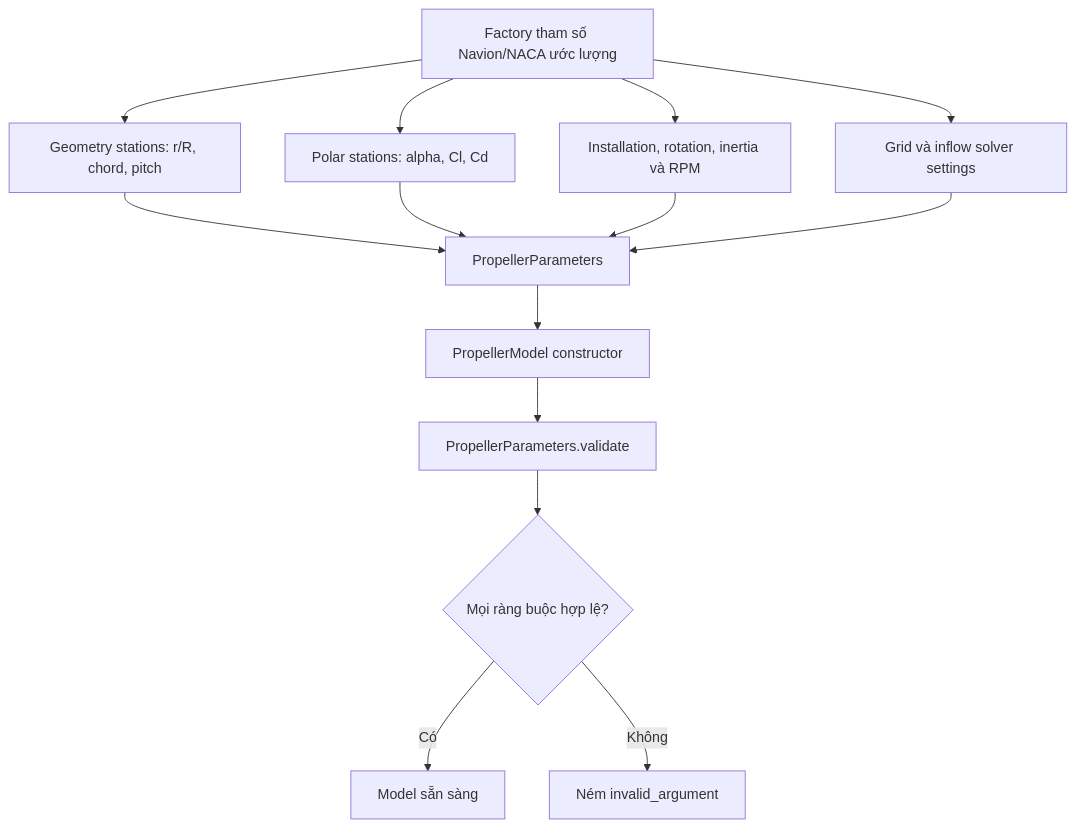
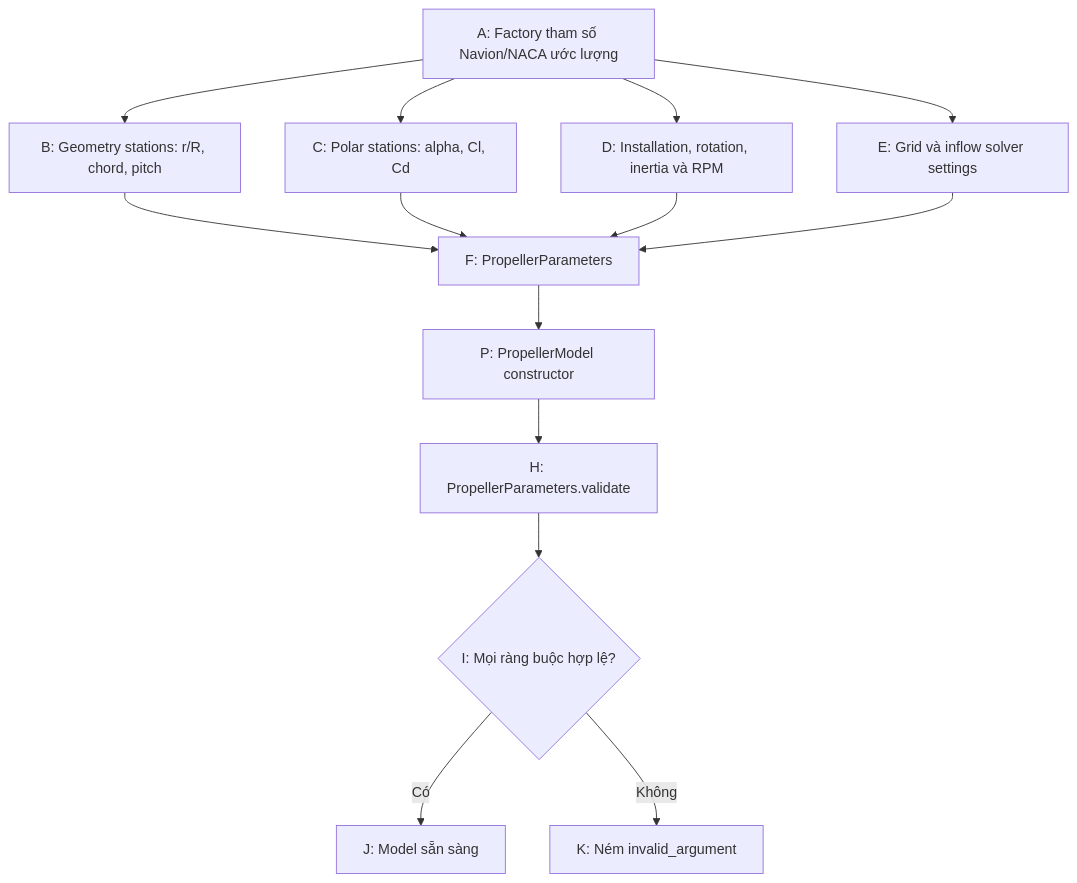
The third of 10 diagrams in docs/propeller/PROPELLER_V1_CALCULATION_FLOW.md (huynguyen2909/Navion-6DOF-12.09.26), drawn with Mermaid before and after one commit. The commit also changed other lines of this file, not shown here.

````diff
--- a/docs/propeller/PROPELLER_V1_CALCULATION_FLOW.md
+++ b/docs/propeller/PROPELLER_V1_CALCULATION_FLOW.md
@@ -209,22 +209,22 @@
 ```mermaid
 flowchart TD
-    A["Factory tham số Navion/NACA ước lượng"]
-    B["Geometry stations: r/R, chord, pitch"]
-    C["Polar stations: alpha, Cl, Cd"]
-    D["Installation, rotation, inertia và RPM"]
-    E["Grid và inflow solver settings"]
-    F["PropellerParameters"]
-    G["PropellerModel constructor"]
-    H["PropellerParameters.validate"]
-    I{"Mọi ràng buộc hợp lệ?"}
-    J["Model sẵn sàng"]
-    K["Ném invalid_argument"]
+    A["A: Factory tham số Navion/NACA ước lượng"]
+    B["B: Geometry stations: r/R, chord, pitch"]
+    C["C: Polar stations: alpha, Cl, Cd"]
+    D["D: Installation, rotation, inertia và RPM"]
+    E["E: Grid và inflow solver settings"]
+    F["F: PropellerParameters"]
+    G["P: PropellerModel constructor"]
+    H["H: PropellerParameters.validate"]
+    I{"I: Mọi ràng buộc hợp lệ?"}
+    J["J: Model sẵn sàng"]
+    K["K: Ném invalid_argument"]
 
     A --> B --> F
     A --> C --> F
     A --> D --> F
     A --> E --> F
     F --> G --> H --> I
     I -- "Có" --> J
     I -- "Không" --> K
 ```
````
